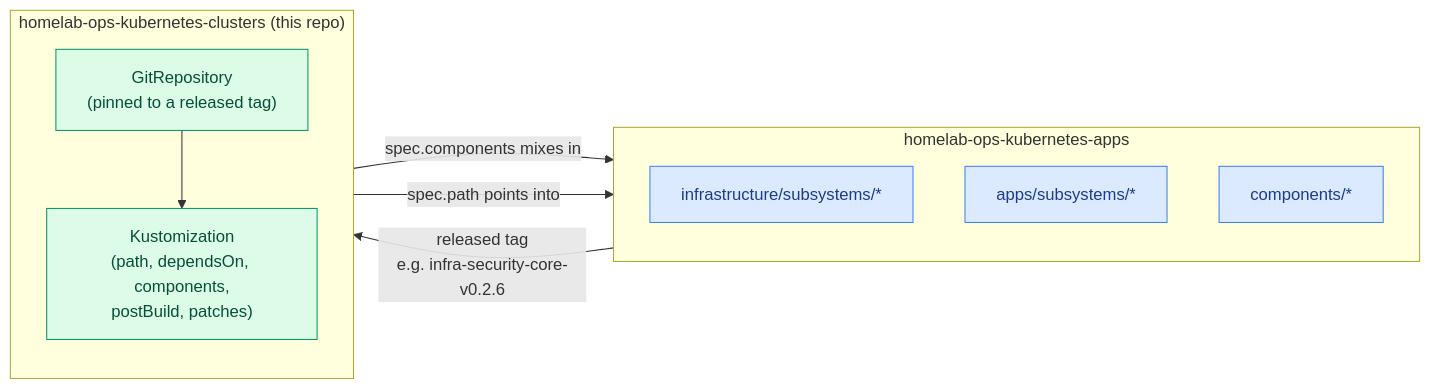
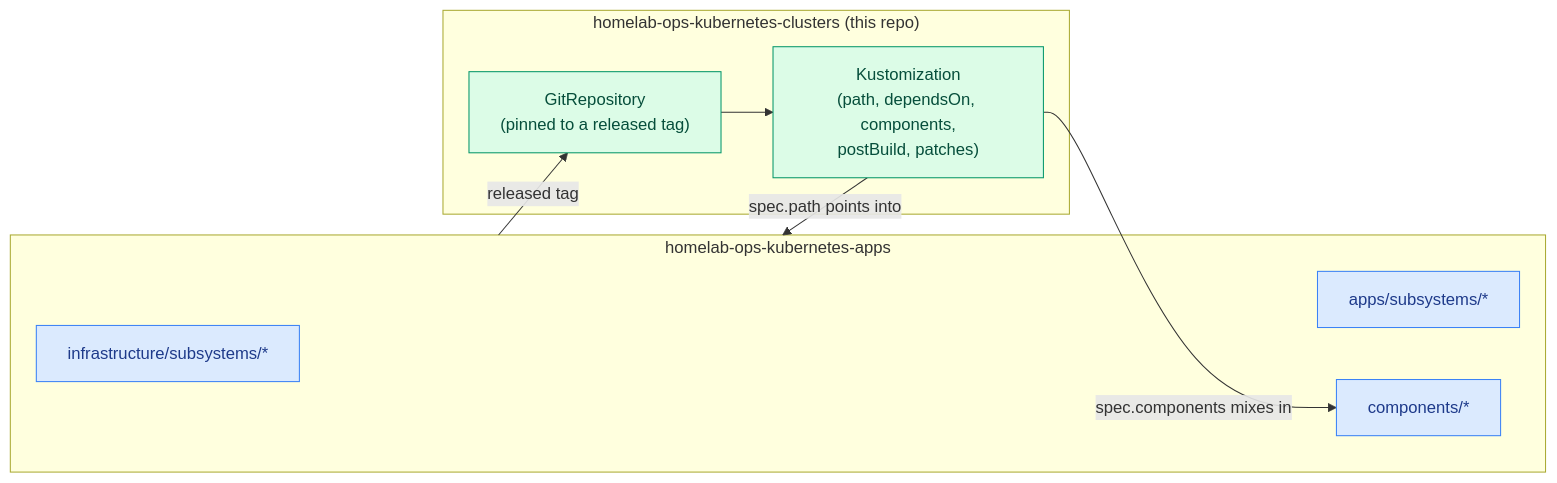
One commit to ppat/homelab-ops-kubernetes-clusters changed the first of 5 diagrams in DESIGN.md. Above: the diagram before and after it, drawn with Mermaid. The commit also changed other lines of this file and 4 other files, not shown here.

First line of the commit message:
fix(dev-tools): fix broken mermaid diagrams and drop restated config from docs

````diff
--- a/DESIGN.md
+++ b/DESIGN.md
@@ -22,25 +22,23 @@
 ```mermaid
 flowchart LR
     subgraph apps["homelab-ops-kubernetes-apps"]
-        direction TB
         M1["infrastructure/subsystems/*"]
         M2["apps/subsystems/*"]
         M3["components/*"]
     end
 
     subgraph clusters["homelab-ops-kubernetes-clusters (this repo)"]
-        direction TB
         GR["GitRepository\n(pinned to a released tag)"]
         KZ["Kustomization\n(path, dependsOn, components,\npostBuild, patches)"]
         GR --> KZ
     end
 
-    apps -- "released tag\ne.g. infra-security-core-v0.2.6" --> GR
+    apps -- "released tag" --> GR
     KZ -- "spec.path points into" --> apps
     KZ -- "spec.components mixes in" --> M3
 
     classDef appsStyle fill:#dbeafe,stroke:#3b82f6,color:#1e3a8a
     classDef clusterStyle fill:#dcfce7,stroke:#059669,color:#064e3b
     class M1,M2,M3 appsStyle
     class GR,KZ clusterStyle
 ```
````
